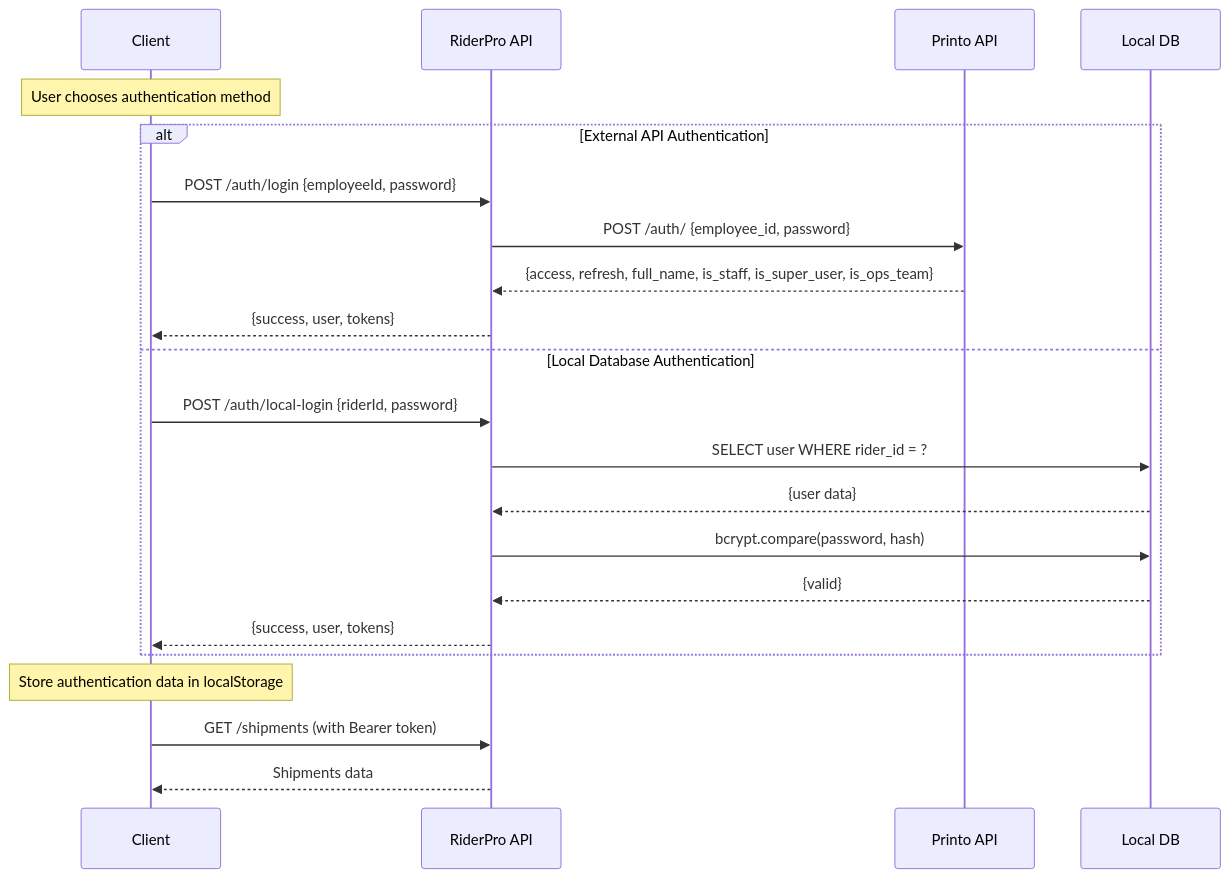
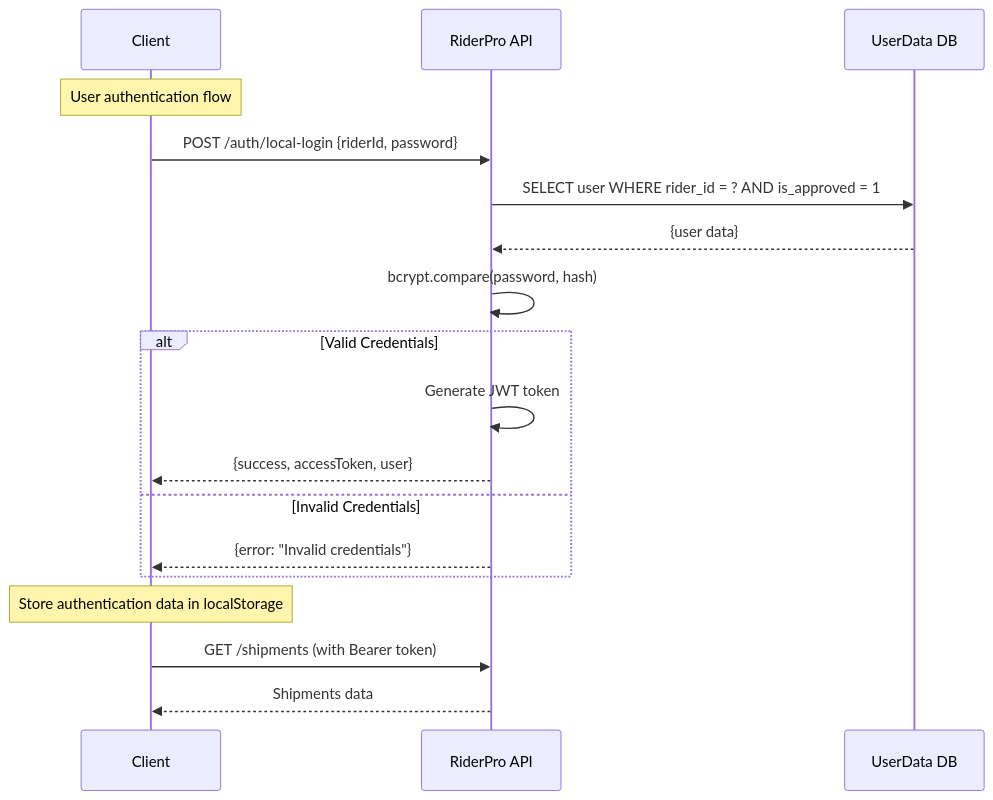
Before and after one commit to printo/RiderPro: the diagram in docs/authentication-system.md, drawn with Mermaid. The commit also changed other lines of this file and 12 other files, not shown here.

````diff
--- a/docs/authentication-system.md
+++ b/docs/authentication-system.md
@@ -27,28 +22,24 @@
 ```mermaid
 sequenceDiagram
     participant Client
     participant RiderPro API
-    participant Printo API
-    participant Local DB
+    participant UserData DB
     
-    Note over Client: User chooses authentication method
+    Note over Client: User authentication flow
     
-    alt External API Authentication
-        Client->>RiderPro API: POST /auth/login {employeeId, password}
-        RiderPro API->>Printo API: POST /auth/ {employee_id, password}
-        Printo API-->>RiderPro API: {access, refresh, full_name, is_staff, is_super_user, is_ops_team}
-        RiderPro API-->>Client: {success, user, tokens}
-    else Local Database Authentication
-        Client->>RiderPro API: POST /auth/local-login {riderId, password}
-        RiderPro API->>Local DB: SELECT user WHERE rider_id = ?
-        Local DB-->>RiderPro API: {user data}
-        RiderPro API->>Local DB: bcrypt.compare(password, hash)
-        Local DB-->>RiderPro API: {valid}
-        RiderPro API-->>Client: {success, user, tokens}
+    Client->>RiderPro API: POST /auth/local-login {riderId, password}
+    RiderPro API->>UserData DB: SELECT user WHERE rider_id = ? AND is_approved = 1
+    UserData DB-->>RiderPro API: {user data}
+    RiderPro API->>RiderPro API: bcrypt.compare(password, hash)
+    alt Valid Credentials
+        RiderPro API->>RiderPro API: Generate JWT token
+        RiderPro API-->>Client: {success, accessToken, user}
+    else Invalid Credentials
+        RiderPro API-->>Client: {error: "Invalid credentials"}
     end
     
     Note over Client: Store authentication data in localStorage
     
     Client->>RiderPro API: GET /shipments (with Bearer token)
     RiderPro API-->>Client: Shipments data
 ```
````
